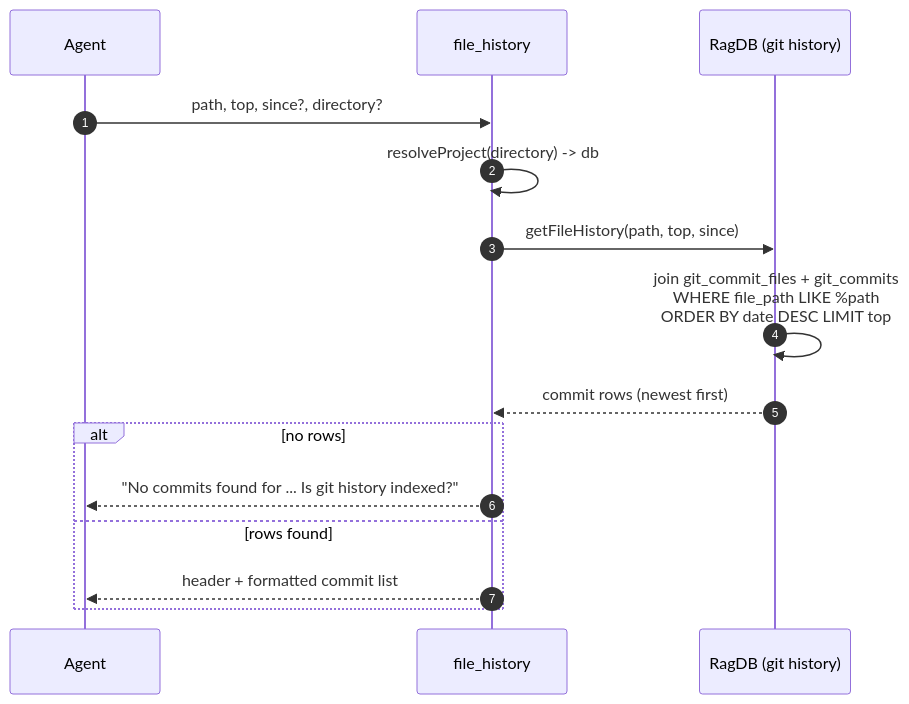
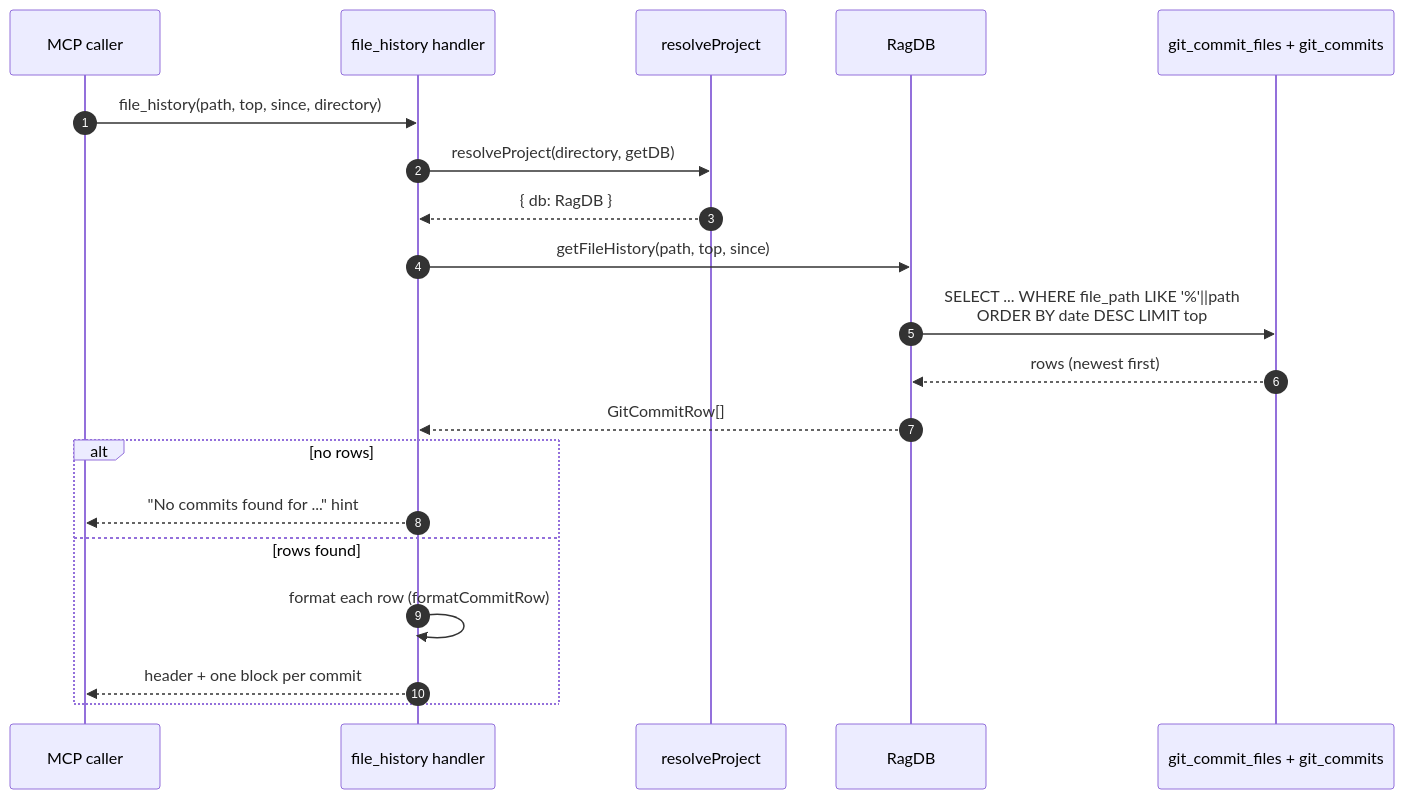
One commit to TheWinci/mimirs changed the diagram in wiki/tools/file-history.md. Above: the diagram before and after it, drawn with Mermaid. The commit also changed other lines of this file and 51 other files, not shown here.

````diff
--- a/wiki/tools/file-history.md
+++ b/wiki/tools/file-history.md
@@ -30,17 +15,22 @@
 ```mermaid
 sequenceDiagram
     autonumber
-    participant Agent
-    participant Tool as file_history
-    participant DB as RagDB (git history)
-    Agent->>Tool: path, top, since?, directory?
-    Tool->>Tool: resolveProject(directory) -> db
-    Tool->>DB: getFileHistory(path, top, since)
-    DB->>DB: join git_commit_files + git_commits<br>WHERE file_path LIKE %path<br>ORDER BY date DESC LIMIT top
-    DB-->>Tool: commit rows (newest first)
+    participant Caller as MCP caller
+    participant Tool as file_history handler
+    participant Resolve as resolveProject
+    participant RagDB
+    participant SQLite as git_commit_files + git_commits
+    Caller->>Tool: file_history(path, top, since, directory)
+    Tool->>Resolve: resolveProject(directory, getDB)
+    Resolve-->>Tool: { db: RagDB }
+    Tool->>RagDB: getFileHistory(path, top, since)
+    RagDB->>SQLite: SELECT ... WHERE file_path LIKE '%'||path<br>ORDER BY date DESC LIMIT top
+    SQLite-->>RagDB: rows (newest first)
+    RagDB-->>Tool: GitCommitRow[]
     alt no rows
-        Tool-->>Agent: "No commits found for ... Is git history indexed?"
+        Tool-->>Caller: "No commits found for ..." hint
     else rows found
-        Tool-->>Agent: header + formatted commit list
+        Tool->>Tool: format each row (formatCommitRow)
+        Tool-->>Caller: header + one block per commit
     end
 ```
````
